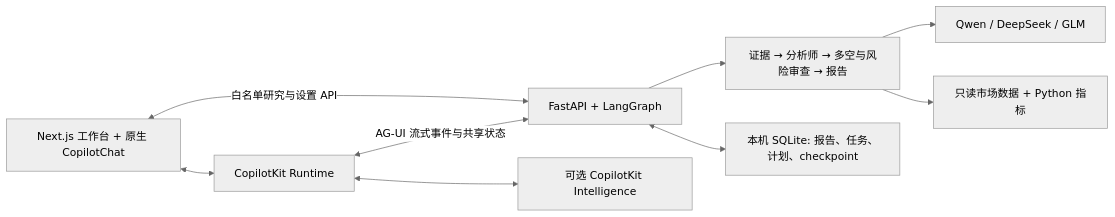
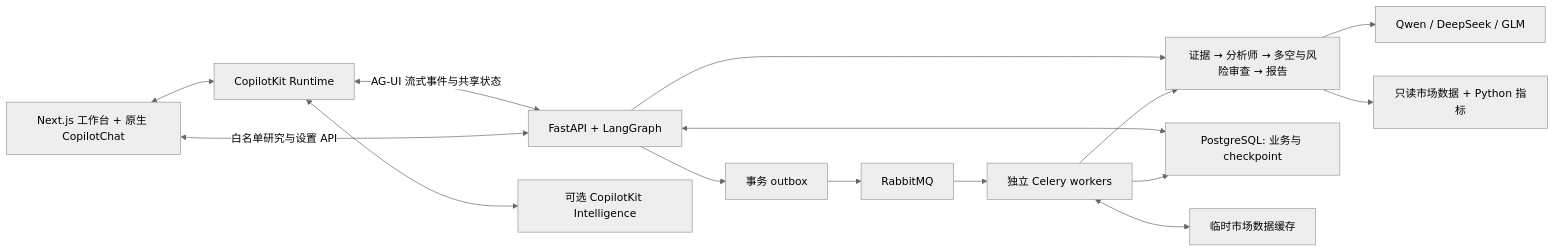
The diagram in README_zh-CN.md (A1f1ed/Financial_Research_Agent), drawn with Mermaid (neutral theme) before and after one commit. The commit also changed other lines of this file and 153 other files, not shown here.

First line of the commit message:
chore: checkpoint research knowledge implementation and delivery plan

````diff
--- a/README_zh-CN.md
+++ b/README_zh-CN.md
@@ -163,11 +168,17 @@
 ```mermaid
 flowchart LR
     UI[Next.js 工作台 + 原生 CopilotChat] <--> Runtime[CopilotKit Runtime]
     Runtime <-->|AG-UI 流式事件与共享状态| Agent[FastAPI + LangGraph]
     Runtime <--> Intelligence[可选 CopilotKit Intelligence]
     UI <-->|白名单研究与设置 API| Agent
     Agent --> Research[证据 → 分析师 → 多空与风险审查 → 报告]
     Research --> Models[Qwen / DeepSeek / GLM]
     Research --> Sources[只读市场数据 + Python 指标]
-    Agent <--> SQLite[本机 SQLite: 报告、任务、计划、checkpoint]
+    Agent <--> PG[PostgreSQL: 业务与 checkpoint]
+    Agent --> Outbox[事务 outbox]
+    Outbox --> RabbitMQ
+    RabbitMQ --> Workers[独立 Celery workers]
+    Workers --> PG
+    Workers --> Research
+    Workers <--> Redis[临时市场数据缓存]
 ```
````
